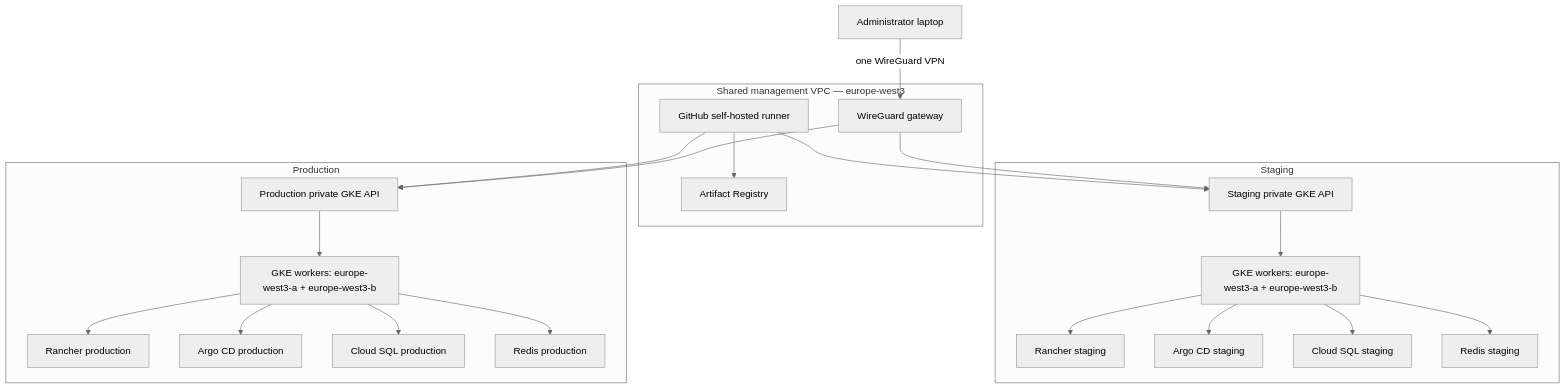
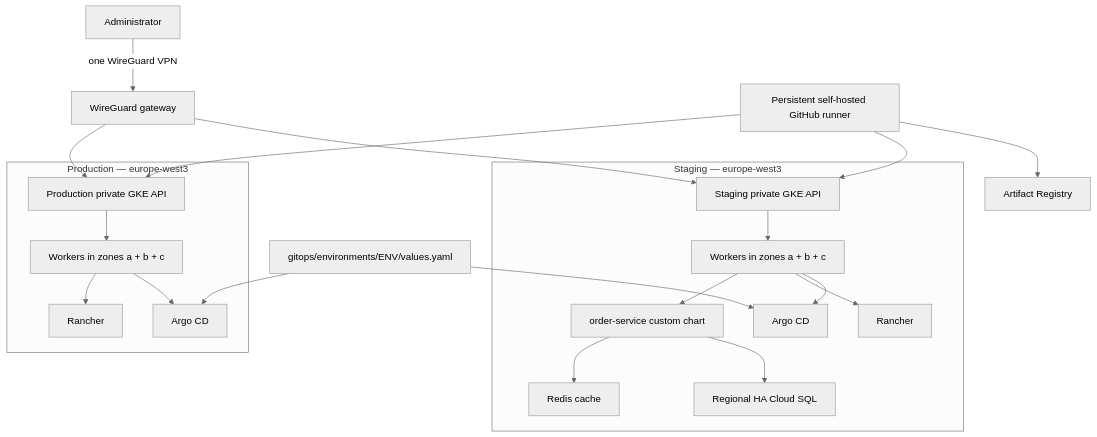
Before and after one commit to Andarol/Test_Task: the diagram in README.md, drawn with Mermaid (neutral theme). The commit also changed other lines of this file and 47 other files, not shown here.

````diff
--- a/README.md
+++ b/README.md
@@ -12,32 +13,27 @@
 ```mermaid
 flowchart TB
-  Admin["Administrator laptop"] -->|"one WireGuard VPN"| VPN["WireGuard gateway"]
-
-  subgraph Management["Shared management VPC — europe-west3"]
-    VPN
-    Runner["GitHub self-hosted runner"]
-    Registry["Artifact Registry"]
-  end
-
-  Runner --> Registry
+  Admin["Administrator"] -->|"one WireGuard VPN"| VPN["WireGuard gateway"]
+  Runner["Persistent self-hosted GitHub runner"] --> Registry["Artifact Registry"]
   Runner --> StageAPI["Staging private GKE API"]
   Runner --> ProdAPI["Production private GKE API"]
   VPN --> StageAPI
   VPN --> ProdAPI
 
-  subgraph Stage["Staging"]
-    StageAPI --> StageGKE["GKE workers: europe-west3-a + europe-west3-b"]
-    StageGKE --> StageRancher["Rancher staging"]
-    StageGKE --> StageArgo["Argo CD staging"]
-    StageGKE --> StageDB["Cloud SQL staging"]
-    StageGKE --> StageRedis["Redis staging"]
+  subgraph Staging["Staging — europe-west3"]
+    StageAPI --> StageWorkers["Workers in zones a + b + c"]
+    StageWorkers --> StageArgo["Argo CD"]
+    StageWorkers --> StageRancher["Rancher"]
+    StageWorkers --> StageApp["order-service custom chart"]
+    StageApp --> StageDB["Regional HA Cloud SQL"]
+    StageApp --> StageRedis["Redis cache"]
   end
 
-  subgraph Production["Production"]
-    ProdAPI --> ProdGKE["GKE workers: europe-west3-a + europe-west3-b"]
-    ProdGKE --> ProdRancher["Rancher production"]
-    ProdGKE --> ProdArgo["Argo CD production"]
-    ProdGKE --> ProdDB["Cloud SQL production"]
-    ProdGKE --> ProdRedis["Redis production"]
+  subgraph Production["Production — europe-west3"]
+    ProdAPI --> ProdWorkers["Workers in zones a + b + c"]
+    ProdWorkers --> ProdArgo["Argo CD"]
+    ProdWorkers --> ProdRancher["Rancher"]
   end
+
+  Git["gitops/environments/ENV/values.yaml"] --> StageArgo
+  Git --> ProdArgo
 ```
````
